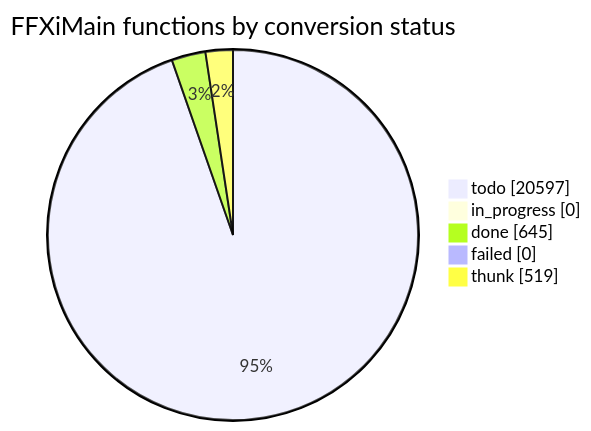
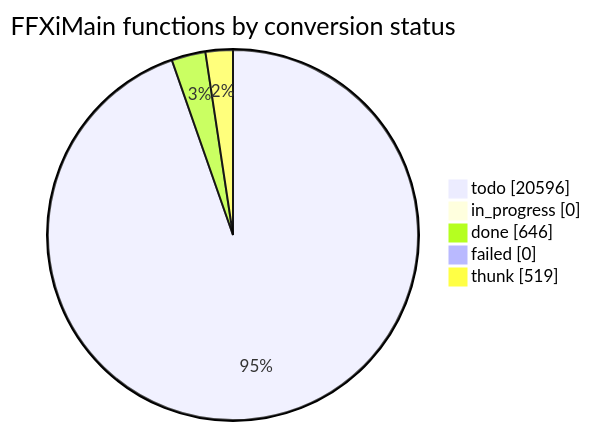
One commit to cowrevenge/cow_kuluu_xi_anything changed the diagram in docs/cow/STATUS.md. Above: the diagram before and after it, drawn with Mermaid. The commit also changed other lines of this file and 9 other files, not shown here.

````diff
--- a/docs/cow/STATUS.md
+++ b/docs/cow/STATUS.md
@@ -18,9 +18,9 @@
 ```mermaid
 pie showData
     title FFXiMain functions by conversion status
-    "todo" : 20597
+    "todo" : 20596
     "in_progress" : 0
-    "done" : 645
+    "done" : 646
     "failed" : 0
     "thunk" : 519
 ```
````
